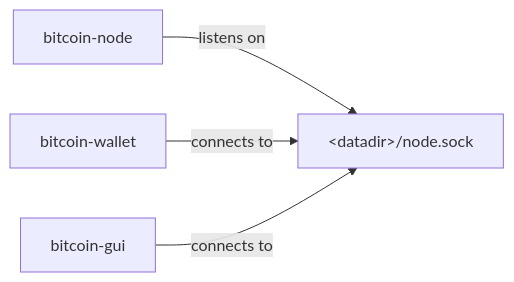
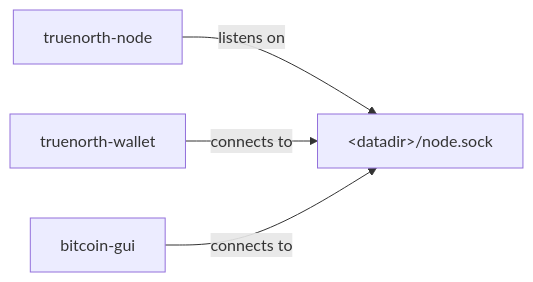
The first of 3 diagrams in doc/design/multiprocess.md (truenorth-project/truenorth), drawn with Mermaid before and after one commit. The commit also changed other lines of this file and 31 other files, not shown here.

````diff
--- a/doc/design/multiprocess.md
+++ b/doc/design/multiprocess.md
@@ -29,6 +29,6 @@
 ```mermaid
 flowchart LR
-    node[bitcoin-node] -- listens on --> socket["&lt;datadir&gt;/node.sock"]
-    wallet[bitcoin-wallet] -- connects to --> socket
+    node[truenorth-node] -- listens on --> socket["&lt;datadir&gt;/node.sock"]
+    wallet[truenorth-wallet] -- connects to --> socket
     gui[bitcoin-gui] -- connects to --> socket
 ```
````
